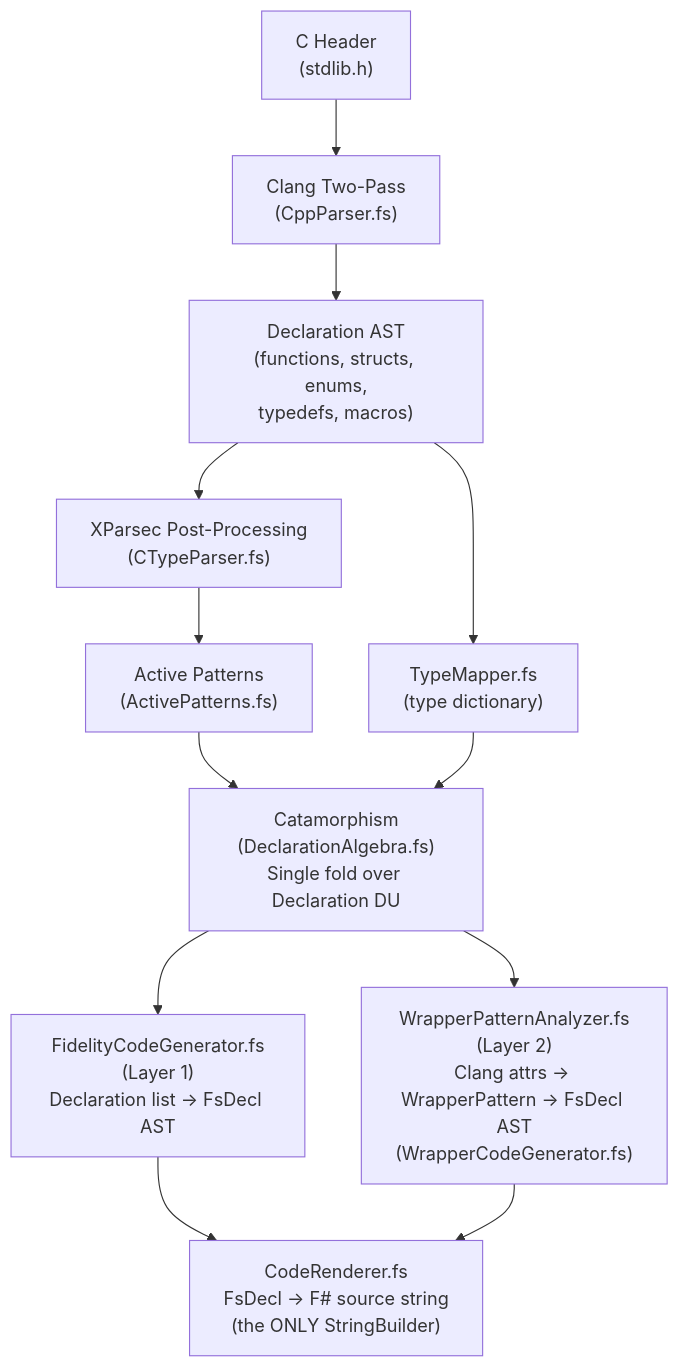
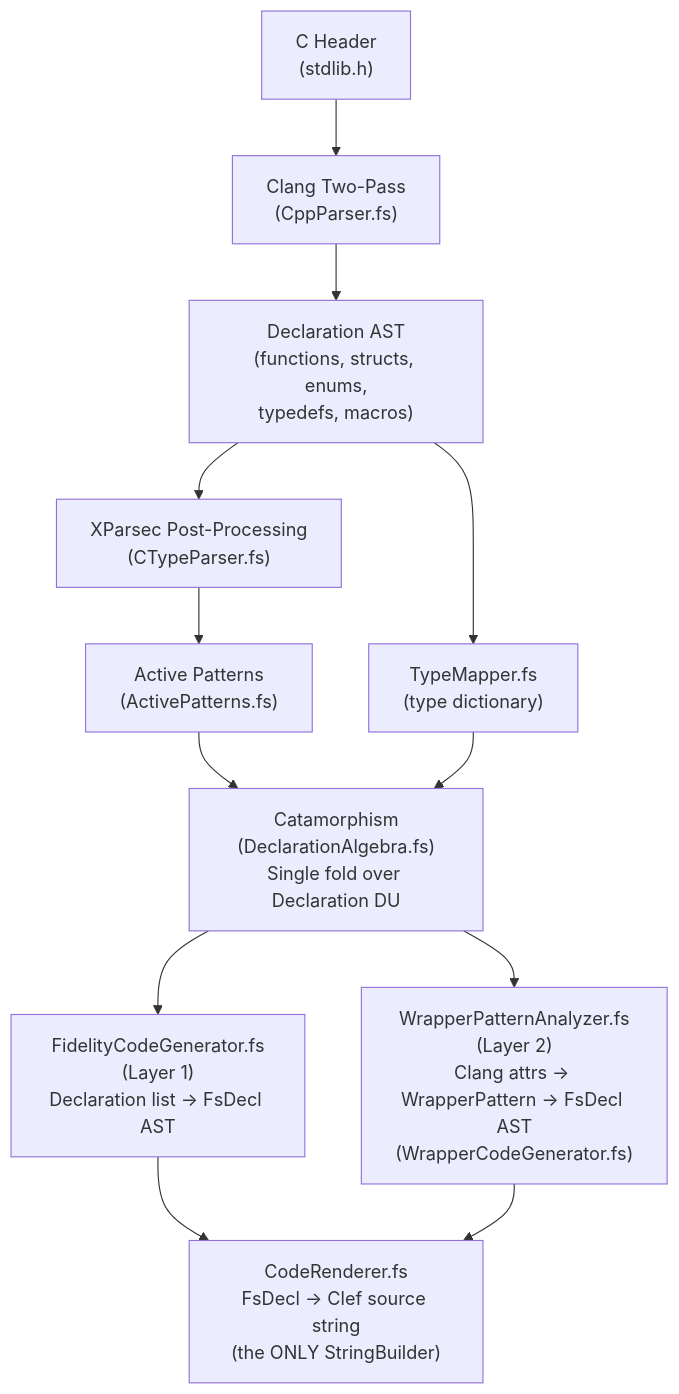
Before and after one commit to FidelityFramework/Farscape: the diagram in docs/01_Architecture_Overview.md, drawn with Mermaid. The commit also changed other lines of this file and 34 other files, not shown here.

````diff
--- a/docs/01_Architecture_Overview.md
+++ b/docs/01_Architecture_Overview.md
@@ -49,14 +49,14 @@
 ```mermaid
 flowchart TD
     A["C Header<br/>(stdlib.h)"] --> B["Clang Two-Pass<br/>(CppParser.fs)"]
     B --> C["Declaration AST<br/>(functions, structs, enums,<br/>typedefs, macros)"]
     C --> D["XParsec Post-Processing<br/>(CTypeParser.fs)"]
     C --> E["TypeMapper.fs<br/>(type dictionary)"]
     D --> F["Active Patterns<br/>(ActivePatterns.fs)"]
     F --> G["Catamorphism<br/>(DeclarationAlgebra.fs)<br/>Single fold over Declaration DU"]
     E --> G
     G --> H["FidelityCodeGenerator.fs<br/>(Layer 1)<br/>Declaration list → FsDecl AST"]
     G --> I["WrapperPatternAnalyzer.fs<br/>(Layer 2)<br/>Clang attrs → WrapperPattern → FsDecl AST<br/>(WrapperCodeGenerator.fs)"]
-    H --> J["CodeRenderer.fs<br/>FsDecl → F# source string<br/>(the ONLY StringBuilder)"]
+    H --> J["CodeRenderer.fs<br/>FsDecl → Clef source string<br/>(the ONLY StringBuilder)"]
     I --> J
 ```
````
